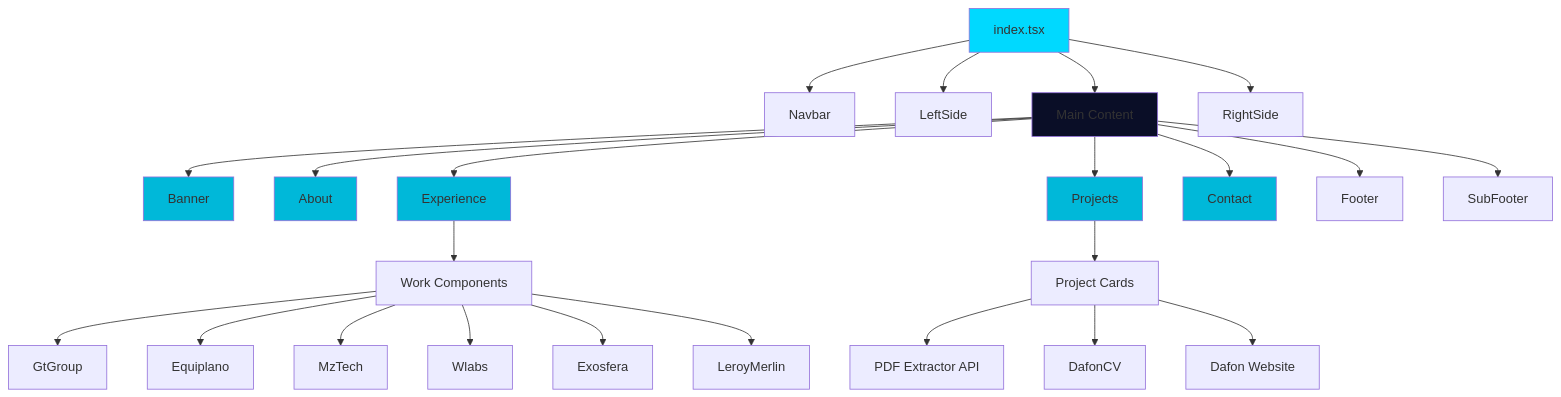
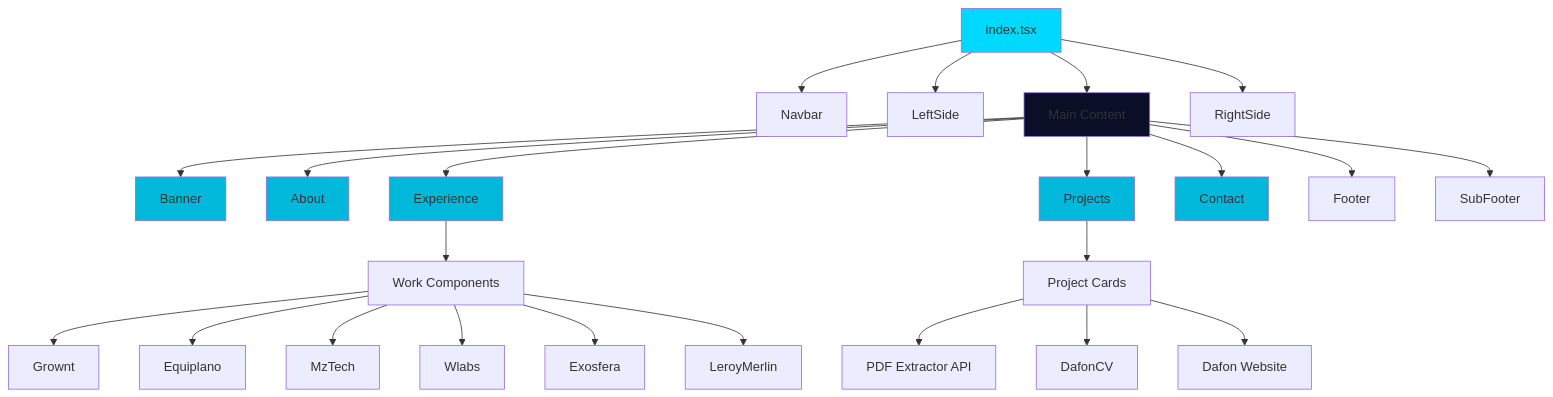
One commit to Daniel-Fonseca-da-Silva/portfolio-website changed the first of 3 diagrams in README.md. Above: the diagram before and after it, drawn with Mermaid. The commit also changed other lines of this file and 6 other files, not shown here.

````diff
--- a/README.md
+++ b/README.md
@@ -130,36 +130,36 @@
 ```mermaid
 graph TD
     A[index.tsx] --> B[Navbar]
     A --> C[LeftSide]
     A --> D[Main Content]
     A --> E[RightSide]
     
     D --> F[Banner]
     D --> G[About]
     D --> H[Experience]
     D --> I[Projects]
     D --> J[Contact]
     D --> K[Footer]
     D --> L[SubFooter]
     
     H --> M[Work Components]
-    M --> N[GtGroup]
+    M --> N[Grownt]
     M --> O[Equiplano]
     M --> P[MzTech]
     M --> Q[Wlabs]
     M --> R[Exosfera]
     M --> S[LeroyMerlin]
     
     I --> T[Project Cards]
     T --> U[PDF Extractor API]
     T --> V[DafonCV]
     T --> W[Dafon Website]
     
     style A fill:#00d9ff
     style D fill:#0a0e27
     style F fill:#00b8d9
     style G fill:#00b8d9
     style H fill:#00b8d9
     style I fill:#00b8d9
     style J fill:#00b8d9
 ```
````
